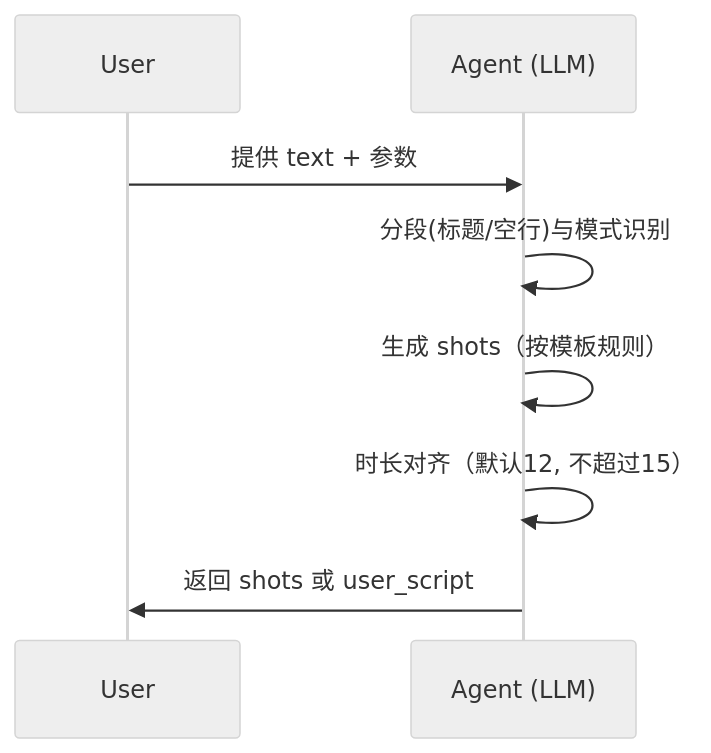
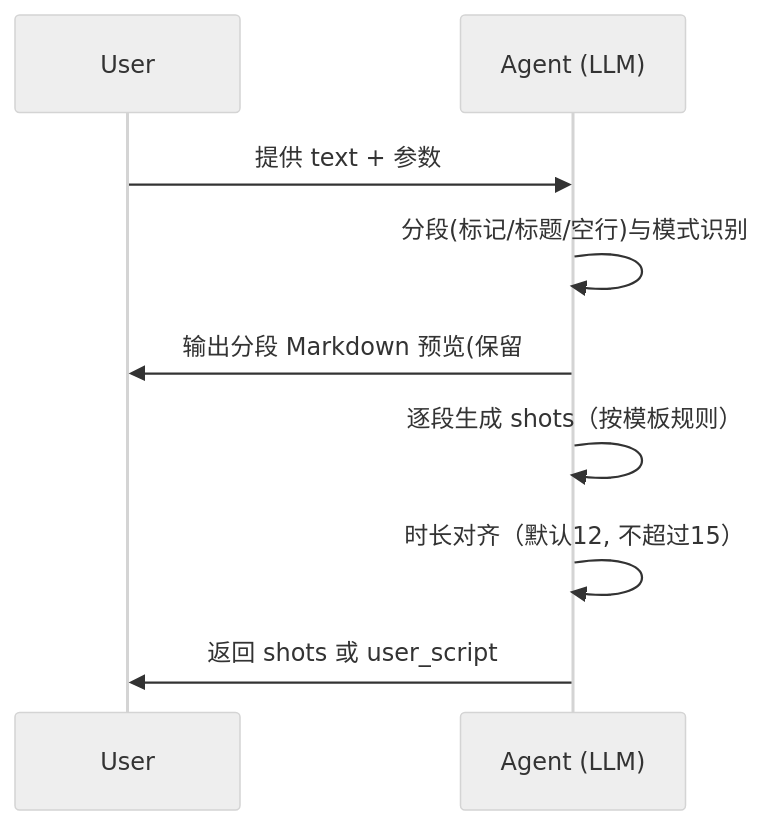
One commit to leon30083/sor2-prompt-mcp changed the second of 2 diagrams in prompts/sora2_agent_config.md. Above: the diagram before and after it, drawn with Mermaid (neutral theme). The commit also changed other lines of this file, not shown here.

Commit message:
docs(agent-config): 原始文稿模式支持先输出分段Markdown预览(保留###)，再按分段分别生成Sora2指令；更新流程与时序图

````diff
--- a/prompts/sora2_agent_config.md
+++ b/prompts/sora2_agent_config.md
@@ -194,10 +193,11 @@
 ```mermaid
 sequenceDiagram
   participant U as User
   participant A as Agent (LLM)
   U->>A: 提供 text + 参数
-  A->>A: 分段(标题/空行)与模式识别
-  A->>A: 生成 shots（按模板规则）
+  A->>A: 分段(标记/标题/空行)与模式识别
+  A->>U: 输出分段 Markdown 预览(保留 ###)
+  A->>A: 逐段生成 shots（按模板规则）
   A->>A: 时长对齐（默认12, 不超过15）
   A->>U: 返回 shots 或 user_script
 ```
````
